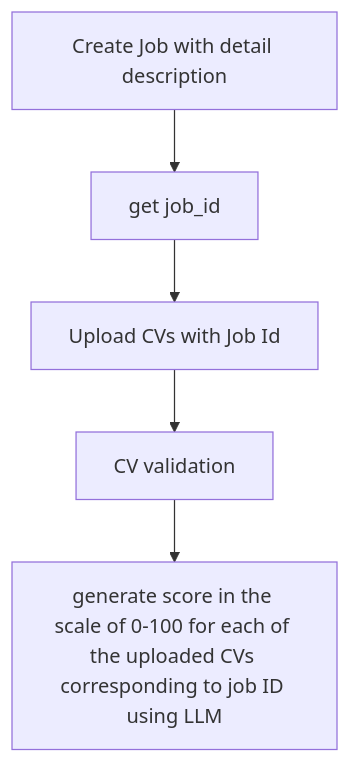
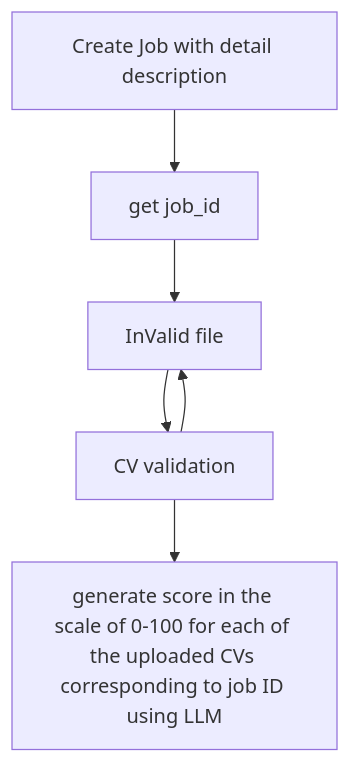
The diagram in README.md (ShubhajitM/CVScore), drawn with Mermaid before and after one commit.

````diff
--- a/README.md
+++ b/README.md
@@ -18,7 +18,8 @@
 ```mermaid
 graph TD;
     A[Create Job with detail description] --> B[get job_id]
     B --> C[Upload CVs with Job Id]
     C --> D[CV validation]
+    D --> C[InValid file]
     D --> E[generate score in the scale of 0-100 for each of the uploaded CVs corresponding to job ID using LLM]
 ```
````
